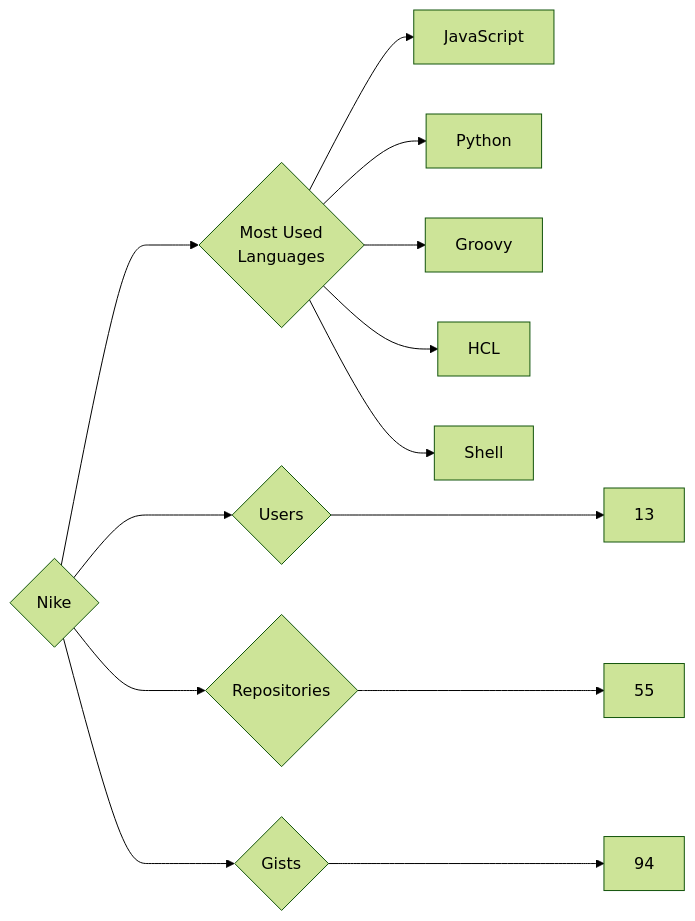
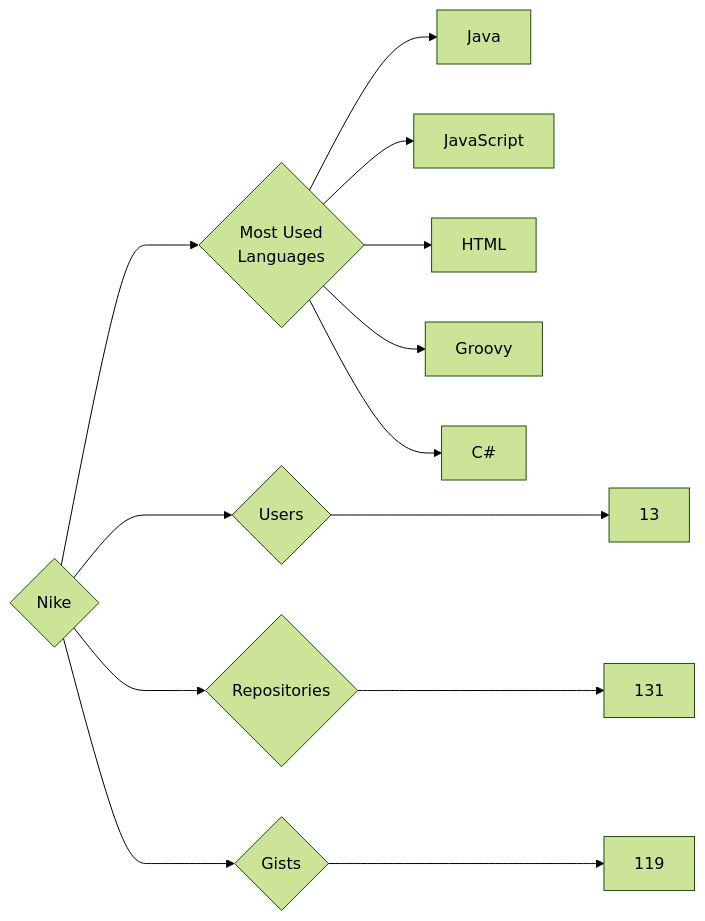
One commit to trickest/insiders changed the diagram in targets/Nike/README.md. Above: the diagram before and after it, drawn with Mermaid (forest theme). The commit also changed 912 other files, not shown here.

````diff
--- a/targets/Nike/README.md
+++ b/targets/Nike/README.md
@@ -3,13 +3,13 @@
 ```mermaid
 graph LR
 COMPANY_NAME{Nike}
 COMPANY_NAME ---> U{Users} ---> UN[13]
-COMPANY_NAME ---> R{Repositories} ---> RN[55]
-COMPANY_NAME ---> G{Gists} ---> GN[94]
+COMPANY_NAME ---> R{Repositories} ---> RN[131]
+COMPANY_NAME ---> G{Gists} ---> GN[119]
 COMPANY_NAME ---> ML{Most Used<br>Languages}
+ML --> Java[Java]
 ML --> JavaScript[JavaScript]
-ML --> Python[Python]
+ML --> HTML[HTML]
 ML --> Groovy[Groovy]
-ML --> HCL[HCL]
-ML --> Shell[Shell]
+ML --> C#[C#]
 ```
````
